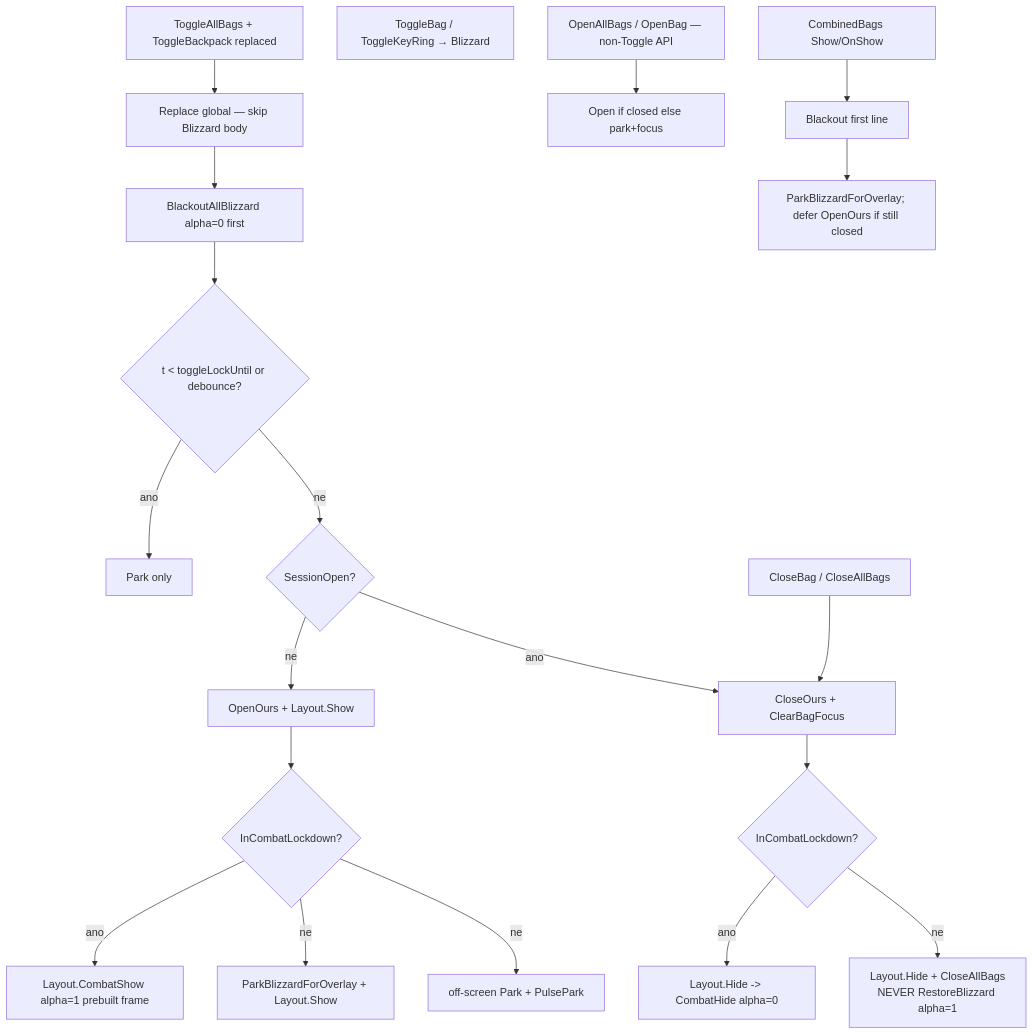
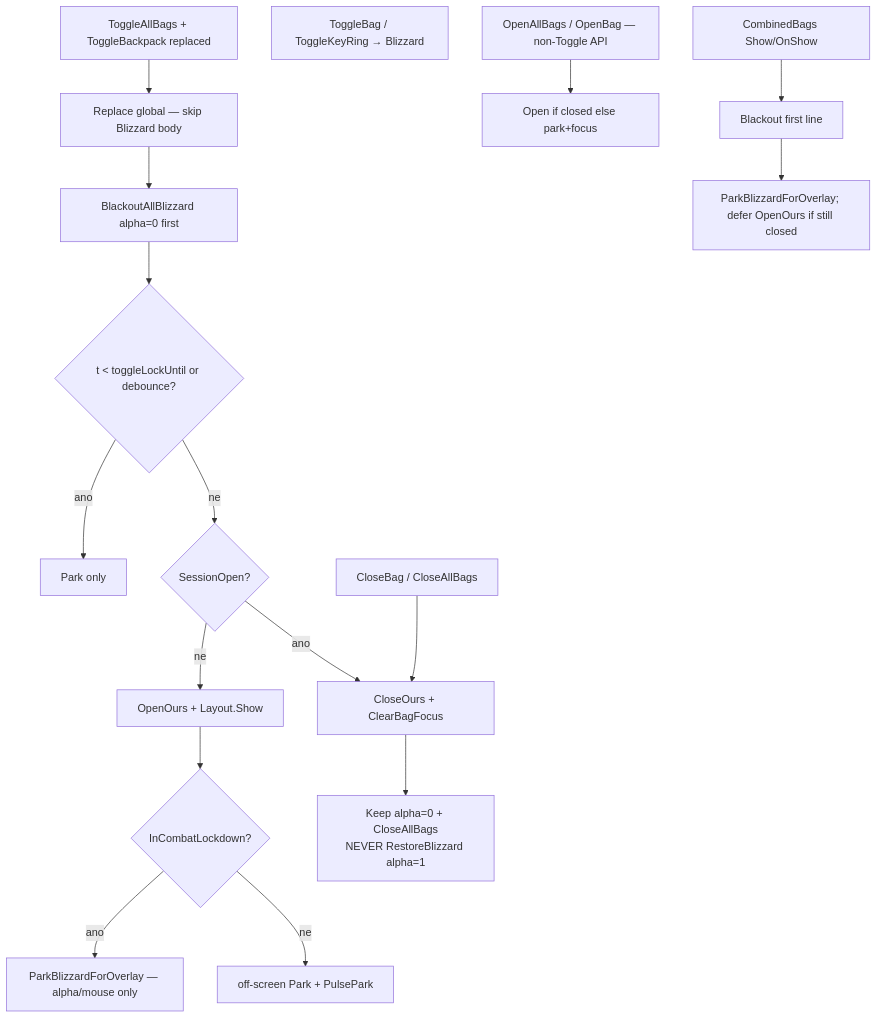
One commit to sirTurbisCZ/wow-forever-addons changed the first of 8 diagrams in addons/BetterBackpack/Docs/loops.md. Above: the diagram before and after it, drawn with Mermaid. The commit also changed other lines of this file and 6 other files, not shown here.

First line of the commit message:
fix(BetterBackpack): 0.5.70 combat alpha without ColdPreload

````diff
--- a/addons/BetterBackpack/Docs/loops.md
+++ b/addons/BetterBackpack/Docs/loops.md
@@ -12,23 +12,20 @@
 ```mermaid
 flowchart TD
   B[ToggleAllBags + ToggleBackpack replaced]
   Bar[ToggleBag / ToggleKeyRing → Blizzard]
   B --> Rep[Replace global — skip Blizzard body]
   Rep --> Black[BlackoutAllBlizzard alpha=0 first]
   Black --> Lock{t < toggleLockUntil or debounce?}
   Lock -->|ano| Pulse[Park only]
   Lock -->|ne| Vis{SessionOpen?}
   Vis -->|ne| Open[OpenOurs + Layout.Show]
   Open --> ParkMode{InCombatLockdown?}
-  ParkMode -->|ano| CombatOpen[Layout.CombatShow alpha=1 prebuilt frame]
-  ParkMode -->|ne| AlphaOnly[ParkBlizzardForOverlay + Layout.Show]
+  ParkMode -->|ano| AlphaOnly[ParkBlizzardForOverlay — alpha/mouse only]
   ParkMode -->|ne| OffPark[off-screen Park + PulsePark]
   Vis -->|ano| Close[CloseOurs + ClearBagFocus]
-  Close --> CombatClose{InCombatLockdown?}
-  CombatClose -->|ano| AlphaOff[Layout.Hide -> CombatHide alpha=0]
-  CombatClose -->|ne| Keep0[Layout.Hide + CloseAllBags<br/>NEVER RestoreBlizzard alpha=1]
+  Close --> Keep0[Keep alpha=0 + CloseAllBags<br/>NEVER RestoreBlizzard alpha=1]
   OpenOnly[OpenAllBags / OpenBag — non-Toggle API] --> OpenOrPark[Open if closed else park+focus]
   CloseAPI[CloseBag / CloseAllBags] --> Close
   OnShow[CombinedBags Show/OnShow] --> BO[Blackout first line]
   BO --> Park[ParkBlizzardForOverlay; defer OpenOurs if still closed]
 ```
````
